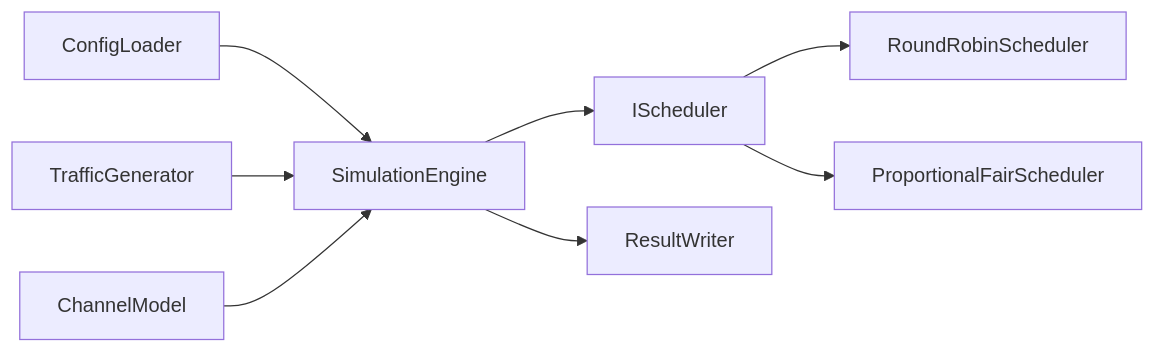
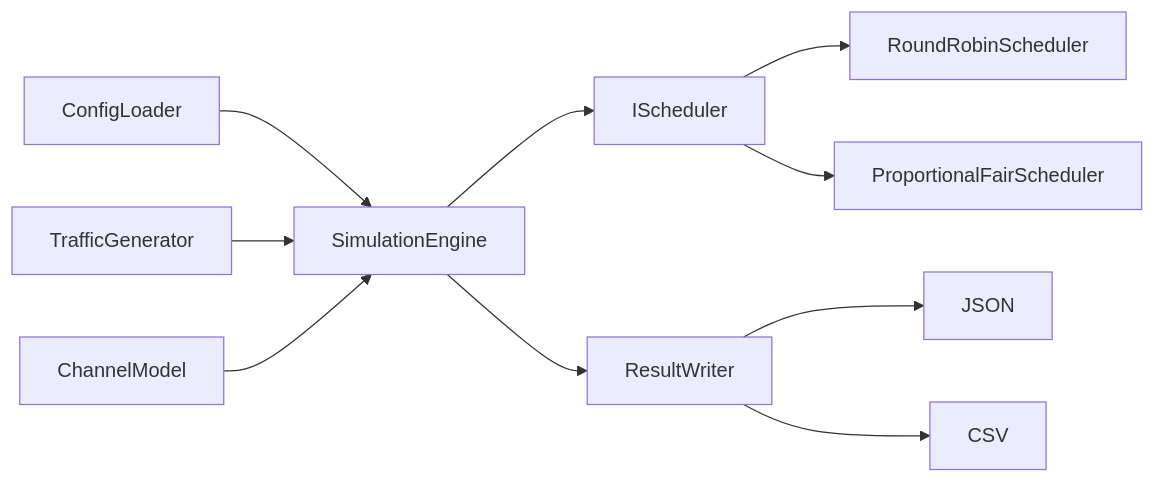
The diagram in README.md (srikar0313/5g-ran-scheduler-simulator), drawn with Mermaid before and after one commit. The commit also changed other lines of this file and 5 other files, not shown here.

````diff
--- a/README.md
+++ b/README.md
@@ -247,10 +40,12 @@
 ```mermaid
 flowchart LR
     ConfigLoader --> SimulationEngine
     TrafficGenerator --> SimulationEngine
     ChannelModel --> SimulationEngine
     SimulationEngine --> IScheduler
     IScheduler --> RoundRobinScheduler
     IScheduler --> ProportionalFairScheduler
     SimulationEngine --> ResultWriter
+    ResultWriter --> JSON
+    ResultWriter --> CSV
 ```
````
